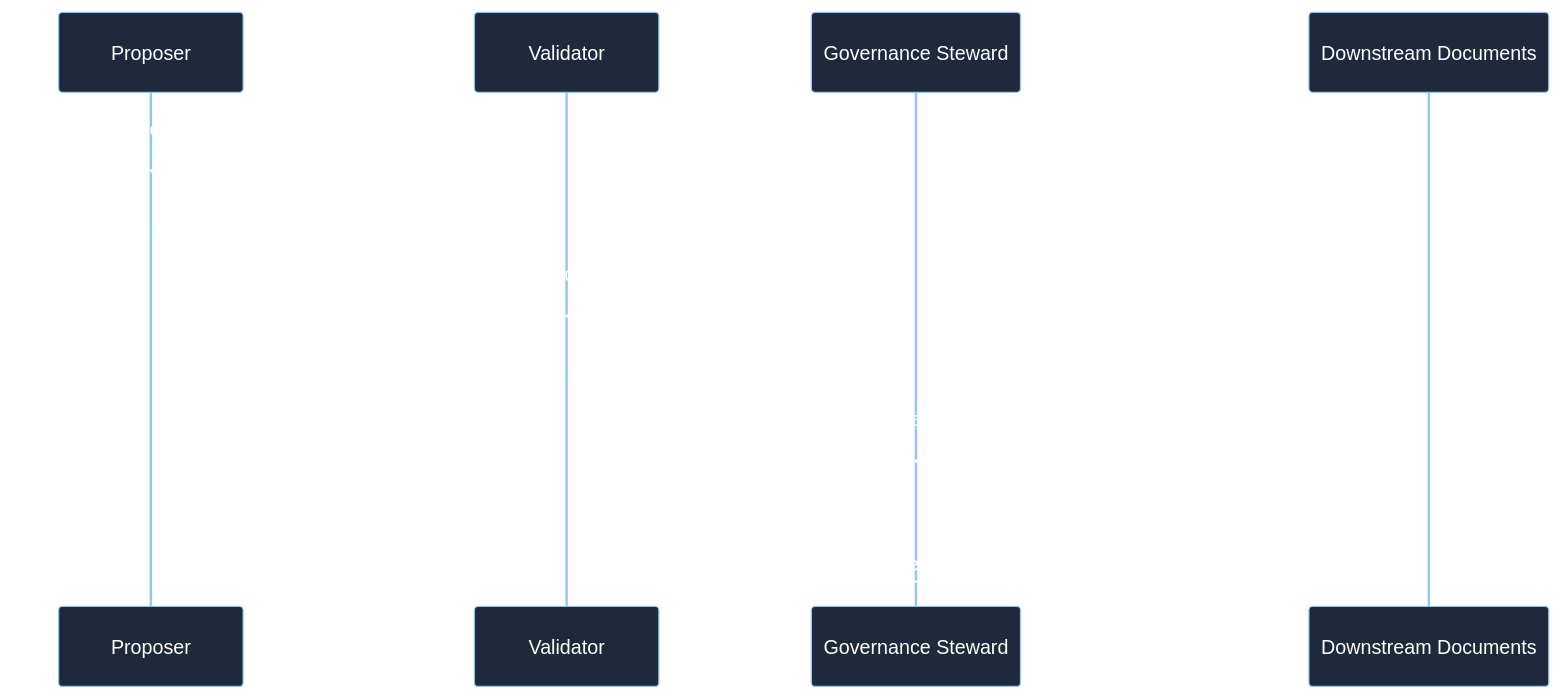
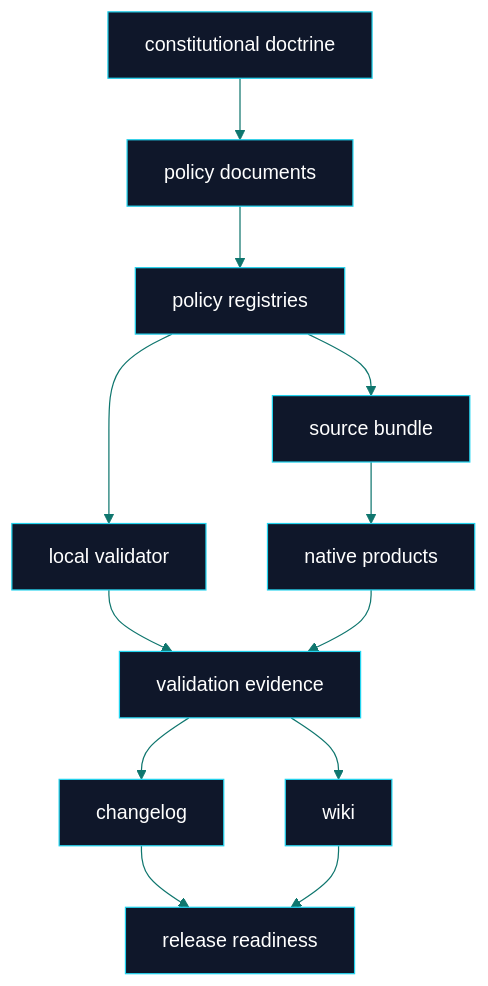
One commit to flynn33/forsetti-agentic-edition changed the third of 3 diagrams in wiki/Constitution.md. Above: the diagram before and after it, drawn with Mermaid. The commit also changed other lines of this file and 11 other files, not shown here.

````diff
--- a/wiki/Constitution.md
+++ b/wiki/Constitution.md
@@ -61,16 +90,15 @@
 ```mermaid
-%%{init: {"theme":"base","themeVariables":{"primaryColor":"#1e293b","primaryTextColor":"#ffffff","primaryBorderColor":"#93c5fd","lineColor":"#334155","secondaryColor":"#eef2ff","tertiaryColor":"#f8fafc"}}}%%
-sequenceDiagram
-    participant Proposer
-    participant Validator
-    participant Steward as Governance Steward
-    participant Docs as Downstream Documents
-
-    Proposer->>Proposer: prepare standalone amendment
-    Proposer->>Validator: submit rationale, impact, rollback plan
-    Validator->>Validator: verify evidence and affected surfaces
-    Validator->>Steward: escalate amendment package
-    Steward->>Steward: approve or reject explicitly
-    Steward->>Docs: apply approved amendment and aligned updates
-    Docs-->>Validator: provide synchronization evidence
+%%{init: {"theme":"base","themeVariables":{"primaryColor":"#0f172a","primaryTextColor":"#ffffff","primaryBorderColor":"#22d3ee","lineColor":"#0f766e","secondaryColor":"#ecfeff","tertiaryColor":"#f8fafc"}}}%%
+flowchart TB
+    Constitution["constitutional doctrine"] --> Policies["policy documents"]
+    Policies --> Registries["policy registries"]
+    Registries --> Validator["local validator"]
+    Registries --> Bundle["source bundle"]
+    Bundle --> Native["native products"]
+    Validator --> Evidence["validation evidence"]
+    Native --> Evidence
+    Evidence --> Changelog["changelog"]
+    Evidence --> Wiki["wiki"]
+    Changelog --> Release["release readiness"]
+    Wiki --> Release
 ```
````
